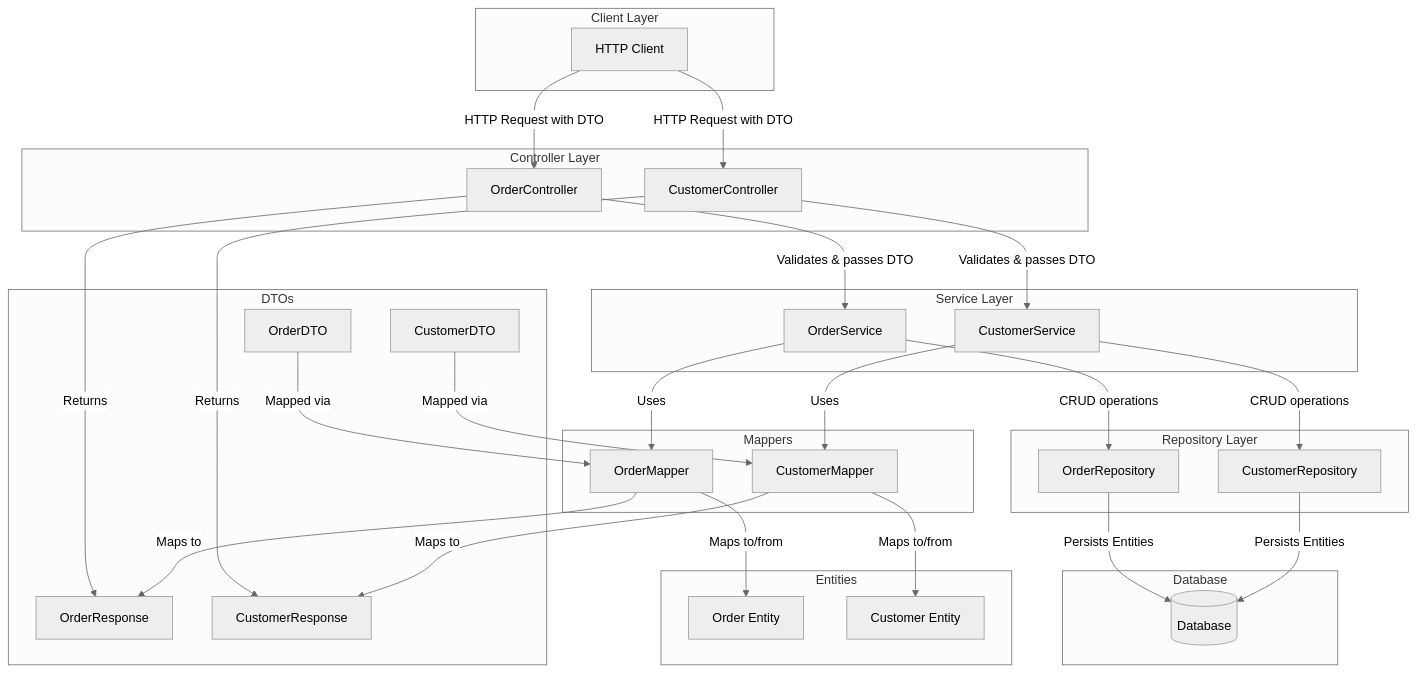
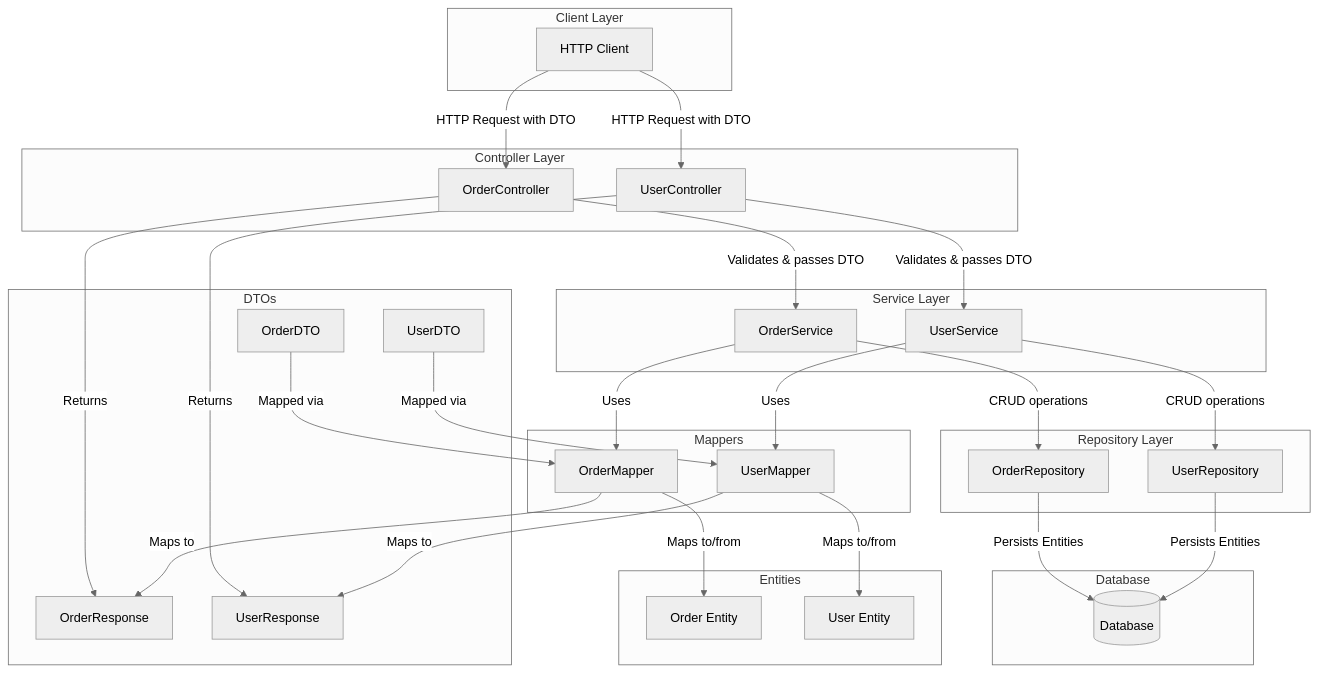
The diagram in README.md (daviditkin/springtime), drawn with Mermaid (neutral theme) before and after one commit. The commit also changed other lines of this file, not shown here.

Commit message:
Updating diagrams (I originally copy pasted to have correct mermaid syntax)

````diff
--- a/README.md
+++ b/README.md
@@ -22,75 +22,75 @@
 ```mermaid
 graph TD;
     subgraph "Client Layer"
         client[HTTP Client]
     end
 
     subgraph "Controller Layer"
         orderController[OrderController]
-        customerController[CustomerController]
+        userController[UserController]
     end
 
     subgraph "Service Layer"
         orderService[OrderService]
-        customerService[CustomerService]
+        userService[UserService]
     end
 
     subgraph "Repository Layer"
         orderRepo[OrderRepository]
-        customerRepo[CustomerRepository]
+        userRepo[UserRepository]
     end
 
     subgraph "Database"
         db[(Database)]
     end
 
     subgraph "DTOs"
         orderDTO[OrderDTO]
-        customerDTO[CustomerDTO]
+        userDTO[UserDTO]
         orderResponse[OrderResponse]
-        customerResponse[CustomerResponse]
+        userResponse[UserResponse]
     end
 
     subgraph "Entities"
         orderEntity[Order Entity]
-        customerEntity[Customer Entity]
+        userEntity[User Entity]
     end
 
     subgraph "Mappers"
         orderMapper[OrderMapper]
-        customerMapper[CustomerMapper]
+        userMapper[UserMapper]
     end
 
     %% Client to Controller connections
     client -->|HTTP Request with DTO| orderController
-    client -->|HTTP Request with DTO| customerController
+    client -->|HTTP Request with DTO| userController
 
     %% Controller connections
     orderController -->|Validates & passes DTO| orderService
-    customerController -->|Validates & passes DTO| customerService
+    userController -->|Validates & passes DTO| userService
     
     %% Controller to Response connections
     orderController -->|Returns| orderResponse
-    customerController -->|Returns| customerResponse
+    userController -->|Returns| userResponse
 
     %% Service to Repository connections
     orderService -->|CRUD operations| orderRepo
-    customerService -->|CRUD operations| customerRepo
+    userService -->|CRUD operations| userRepo
 
     %% Repository to Database connections
     orderRepo -->|Persists Entities| db
-    customerRepo -->|Persists Entities| db
+    userRepo -->|Persists Entities| db
 
     %% DTO and Entity Mappings
     orderDTO -->|Mapped via| orderMapper
     orderMapper -->|Maps to/from| orderEntity
     orderMapper -->|Maps to| orderResponse
     
-    customerDTO -->|Mapped via| customerMapper
-    customerMapper -->|Maps to/from| customerEntity
-    customerMapper -->|Maps to| customerResponse
+    userDTO -->|Mapped via| userMapper
+    userMapper -->|Maps to/from| userEntity
+    userMapper -->|Maps to| userResponse
 
     %% Service Layer Mappings
     orderService -->|Uses| orderMapper
-    customerService -->|Uses| customerMapper
+    userService -->|Uses| userMapper
 ```
````
